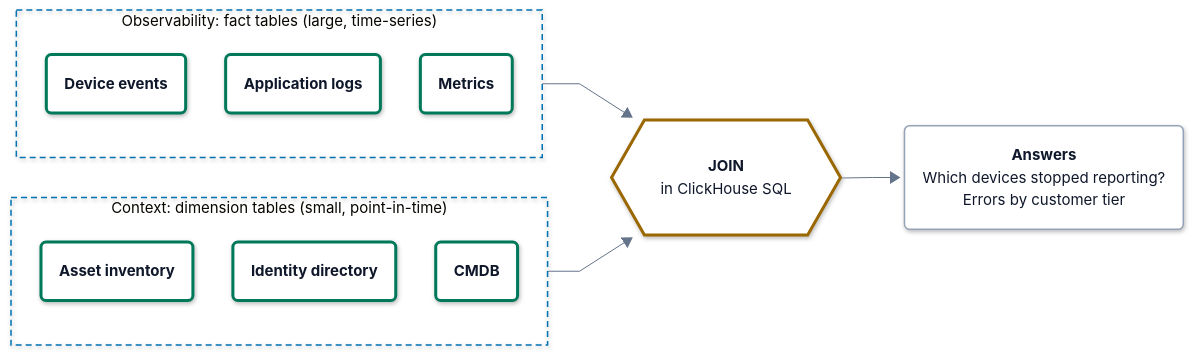
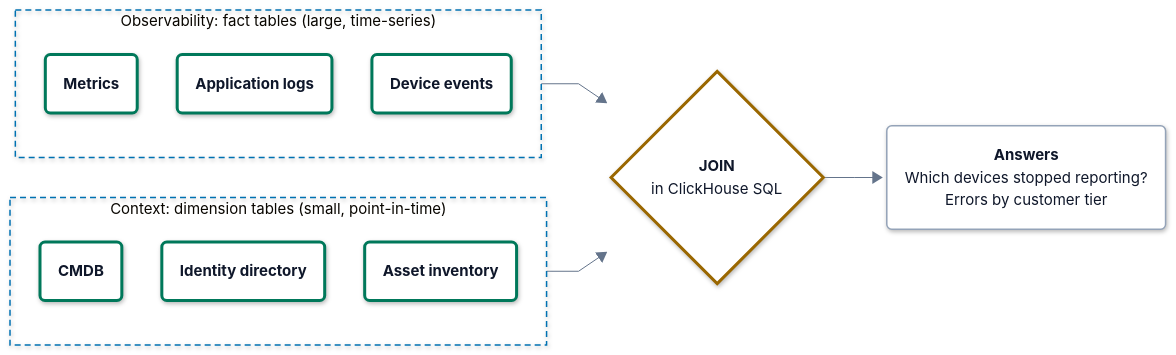
The diagram in docs-site/content-root/coming-from.md (hyperi-io/dfe-infra), drawn with Mermaid before and after one commit. The commit also changed other lines of this file and 2 other files, not shown here.

Commit message:
docs(diagrams): title and caption the docs site diagrams
The overview, coming-from and detections diagrams have accTitle, accDescr, a figure caption and an intro sentence. The coming-from join uses a decision diamond instead of a hexagon. Its fact tables sit above the dimension tables.

````diff
--- a/docs-site/content-root/coming-from.md
+++ b/docs-site/content-root/coming-from.md
@@ -64,77 +64,79 @@
 ```mermaid
 ---
 config:
   theme: base
   look: neo
   fontFamily: Inter, -apple-system, Segoe UI, Roboto, Helvetica, Arial, sans-serif
   flowchart:
     curve: linear
     nodeSpacing: 40
     rankSpacing: 64
     padding: 18
     wrappingWidth: 280
     htmlLabels: true
   elk:
     preset: modelOrder
   themeVariables:
     fontSize: 15px
     lineColor: "#64748B"
     primaryTextColor: "#0F172A"
     clusterBorder: "#0072B2"
     edgeLabelBackground: "#FFFFFF"
   themeCSS: >-
     p{margin:0}
     .node[data-look] rect,.node[data-look] path,.node[data-look] polygon,.node[data-look] .outer-path{filter:drop-shadow(0 1px 2px rgba(15,23,42,.10)) drop-shadow(0 6px 14px rgba(15,23,42,.10))}
     .node rect{rx:10px;ry:10px}
     .cluster rect{rx:16px;ry:16px}
     .node .label div{min-width:150px}
     .node.decision .label div{min-width:0}
     .cluster[data-look] rect{filter:none}
     .nodeLabel{line-height:1.35}
     .nodeLabel b{font-weight:600;font-size:15px;letter-spacing:-0.01em}
     .nodeLabel span{font-size:12.5px;font-weight:400;color:#334155}
     .cluster-label span.nodeLabel{display:inline-block;background:#FFFFFF;color:#0B2A3F;border:1.5px solid #0072B2;border-radius:999px;padding:2px 12px;font-size:11.5px;font-weight:700;letter-spacing:.09em;text-transform:uppercase}
     .flowchart-link{stroke-width:1.75px}
     .labelBkg{background:transparent!important}
     span.edgeLabel{display:inline-block;background:#FFFFFF!important;color:#1E293B;border:1px solid #94A3B8;border-radius:999px;padding:2px 10px;font-size:12px;font-weight:500}
     span.edgeLabel p{background:transparent!important}
     .label-icon{width:20px;height:20px;vertical-align:-4px;margin-right:6px}
     .ingest .label-icon{color:#0E8A7D}
     .xform .label-icon{color:#7B4FB0}
     .load .label-icon{color:#0072B2}
     .bus .label-icon{color:#A8517F}
     .store .label-icon{color:#00785A}
     .ui .label-icon{color:#D9480F}
     .ext .label-icon{color:#64748B}
 ---
 flowchart LR
+  accTitle: L4 Detail -- Fact and dimension tables
+  accDescr: Fact tables hold device events, application logs and metrics. Dimension tables hold the asset inventory, identity directory and CMDB. A JOIN in ClickHouse SQL combines them to answer questions such as which devices stopped reporting.
+  subgraph CTX["Context: dimension tables (small, point-in-time)"]
+    D3("<b>CMDB</b>")
+    D2("<b>Identity directory</b>")
+    D1("<b>Asset inventory</b>")
+  end
   subgraph OBS["Observability: fact tables (large, time-series)"]
+    F3("<b>Metrics</b>")
+    F2("<b>Application logs</b>")
     F1("<b>Device events</b>")
-    F2("<b>Application logs</b>")
-    F3("<b>Metrics</b>")
   end
-  subgraph CTX["Context: dimension tables (small, point-in-time)"]
-    D1("<b>Asset inventory</b>")
-    D2("<b>Identity directory</b>")
-    D3("<b>CMDB</b>")
-  end
-  OBS --> J{{"<b>JOIN</b><br/><span>in ClickHouse SQL</span>"}}
+  OBS --> J{"<b>JOIN</b><br/><span>in ClickHouse SQL</span>"}
   CTX --> J
   J --> Q("<b>Answers</b><br/><span>Which devices stopped reporting?</span><br/><span>Errors by customer tier</span>")
   class F1,F2,F3,D1,D2,D3 store
   class J decision
   class Q part
   classDef ext fill:#F4F6F8,stroke:#94A3B8,stroke-width:1.5px,stroke-dasharray:5 4,color:#0F172A
   classDef ingest fill:#FFFFFF,stroke:#0E8A7D,stroke-width:3px,color:#0F172A
   classDef xform fill:#FFFFFF,stroke:#7B4FB0,stroke-width:3px,color:#0F172A
   classDef load fill:#FFFFFF,stroke:#0072B2,stroke-width:3px,color:#0F172A
   classDef bus fill:#FFFFFF,stroke:#A8517F,stroke-width:3px,color:#0F172A
   classDef store fill:#FFFFFF,stroke:#00785A,stroke-width:3px,color:#0F172A
   classDef ui fill:#FFFFFF,stroke:#D9480F,stroke-width:3px,color:#0F172A
   classDef decision fill:#FFFFFF,stroke:#9A6700,stroke-width:3px,color:#0F172A
   classDef error fill:#FFFFFF,stroke:#C2410C,stroke-width:3px,color:#0F172A
   classDef control fill:#FFFFFF,stroke:#334155,stroke-width:3px,color:#0F172A
   classDef part fill:#FFFFFF,stroke:#94A3B8,stroke-width:1.5px,color:#0F172A
   style OBS fill:none,stroke:#0072B2,stroke-width:1.5px,stroke-dasharray:6 4
   style CTX fill:none,stroke:#0072B2,stroke-width:1.5px,stroke-dasharray:6 4
 ```
````
